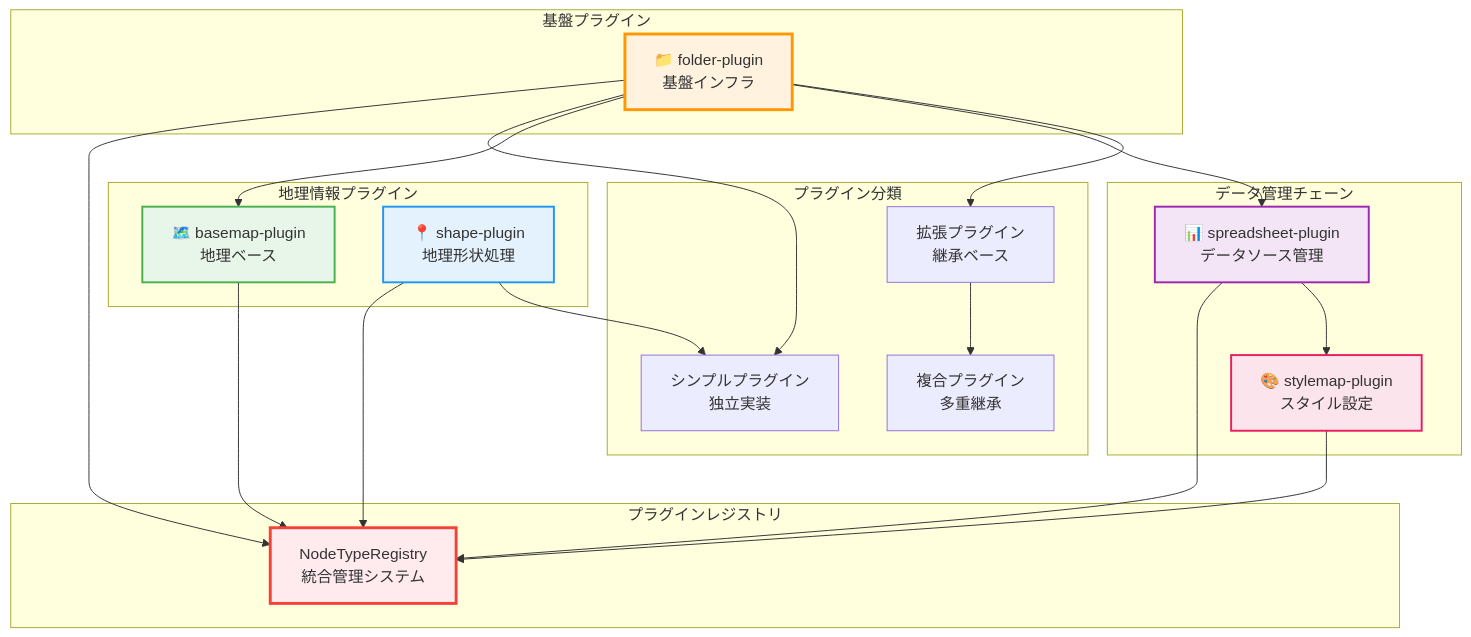
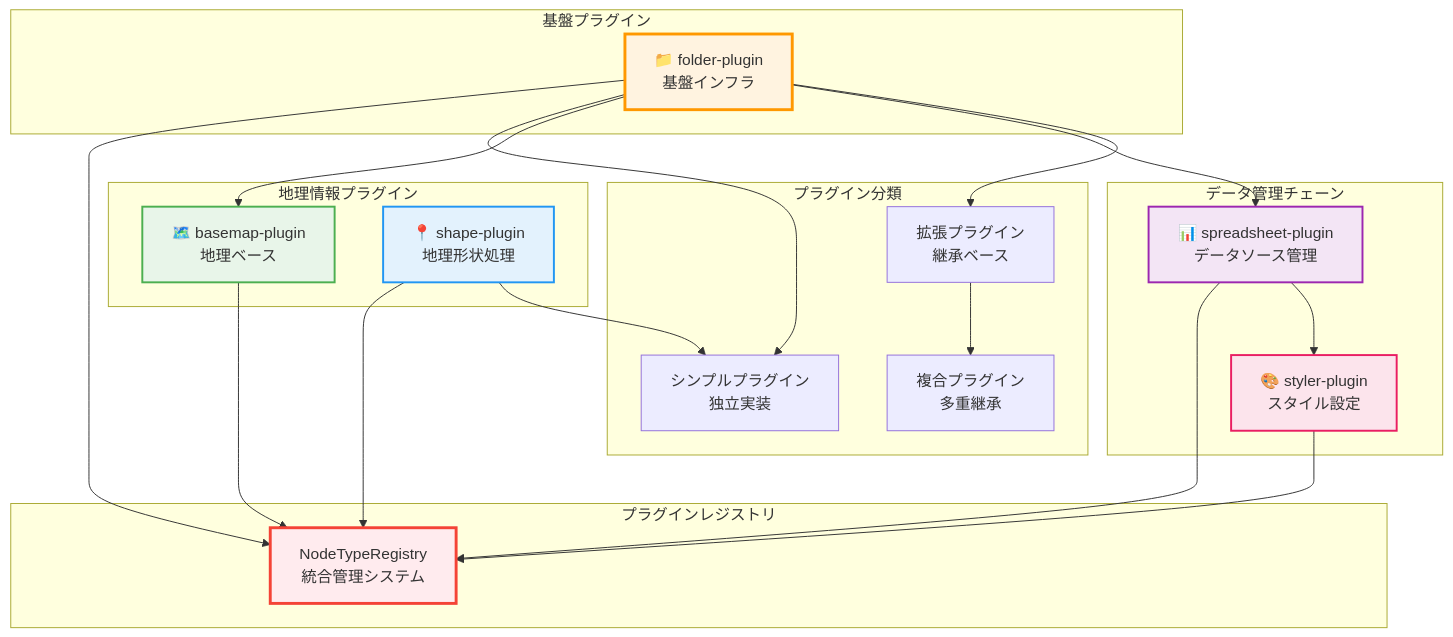
Before and after one commit to kubohiroya/hierarchidb: the first of 2 diagrams in packages/node-type/README.md, drawn with Mermaid. The commit also changed other lines of this file and 267 other files, not shown here.

First line of the commit message:
refactor: rename stylemap-plugin to styler-plugin

````diff
--- a/packages/node-type/README.md
+++ b/packages/node-type/README.md
@@ -133,49 +133,49 @@
 ```mermaid
 graph TB
     subgraph "プラグイン分類"
         SIMPLE[シンプルプラグイン<br/>独立実装]
         EXTENDING[拡張プラグイン<br/>継承ベース]
         COMPLEX[複合プラグイン<br/>多重継承]
     end
     
     subgraph "基盤プラグイン"
         FOLDER[📁 folder-plugin<br/>基盤インフラ]
     end
     
     subgraph "データ管理チェーン"
         SPREADSHEET[📊 spreadsheet-plugin<br/>データソース管理]
-        STYLEMAP[🎨 stylemap-plugin<br/>スタイル設定]
+        STYLEMAP[🎨 styler-plugin<br/>スタイル設定]
     end
     
     subgraph "地理情報プラグイン"
         BASEMAP[🗺️ basemap-plugin<br/>地理ベース]
         SHAPE[📍 shape-plugin<br/>地理形状処理]
     end
     
     subgraph "プラグインレジストリ"
         REGISTRY[NodeTypeRegistry<br/>統合管理システム]
     end
     
     FOLDER --> EXTENDING
     FOLDER --> SPREADSHEET
     FOLDER --> BASEMAP
     SPREADSHEET --> STYLEMAP
     
     SHAPE --> SIMPLE
     FOLDER --> SIMPLE
     
     FOLDER --> REGISTRY
     SPREADSHEET --> REGISTRY
     STYLEMAP --> REGISTRY
     BASEMAP --> REGISTRY
     SHAPE --> REGISTRY
     
     EXTENDING --> COMPLEX
     
     style FOLDER fill:#fff3e0,stroke:#ff9800,stroke-width:3px
     style SPREADSHEET fill:#f3e5f5,stroke:#9c27b0,stroke-width:2px
     style STYLEMAP fill:#fce4ec,stroke:#e91e63,stroke-width:2px
     style BASEMAP fill:#e8f5e9,stroke:#4caf50,stroke-width:2px
     style SHAPE fill:#e3f2fd,stroke:#2196f3,stroke-width:2px
     style REGISTRY fill:#ffebee,stroke:#f44336,stroke-width:3px
 ```
````
